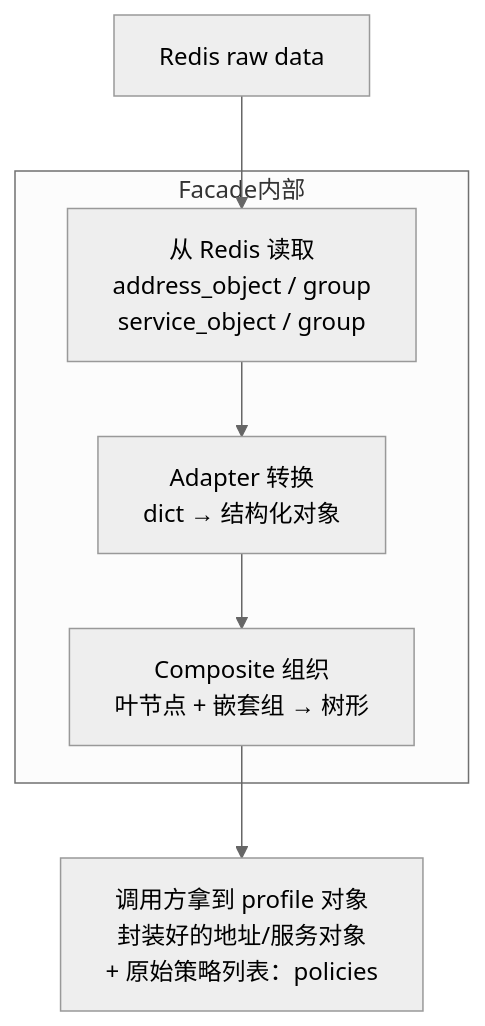
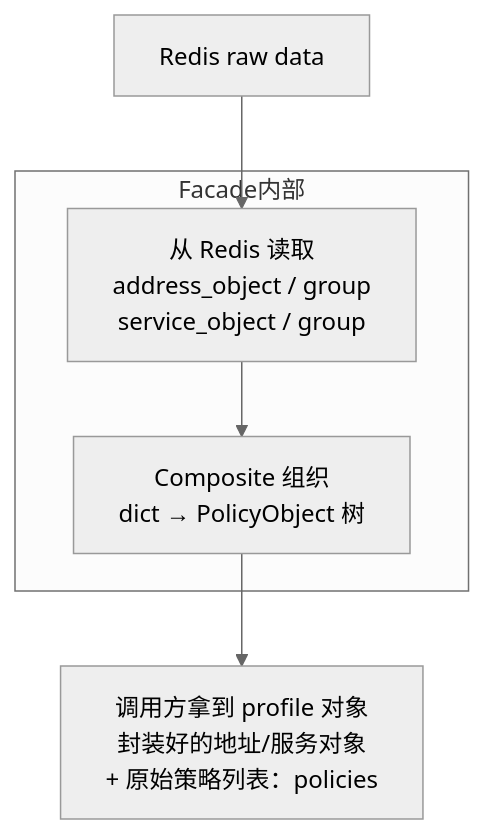
Before and after one commit to wiloon/blog: the third of 13 diagrams in content/post/pattern/conflict-check.md, drawn with Mermaid (neutral theme). The commit also changed other lines of this file and 8 other files, not shown here.

````diff
--- a/content/post/pattern/conflict-check.md
+++ b/content/post/pattern/conflict-check.md
@@ -118,13 +114,12 @@
 ```mermaid
 graph TD
     R[Redis raw data]
     subgraph Facade内部
         A[从 Redis 读取<br/>address_object / group<br/>service_object / group]
-        B[Adapter 转换<br/>dict → 结构化对象]
-        C[Composite 组织<br/>叶节点 + 嵌套组 → 树形]
-        A --> B --> C
+        C[Composite 组织<br/>dict → PolicyObject 树]
+        A --> C
     end
     P[调用方拿到 profile 对象<br/>封装好的地址/服务对象<br/>+ 原始策略列表：policies]
     R --> A
     C --> P
 ```
````
